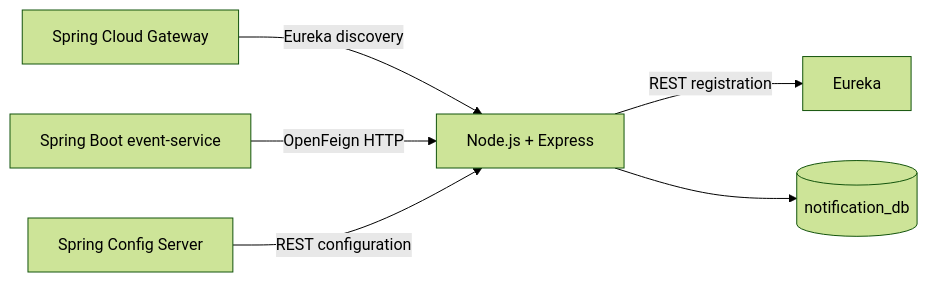
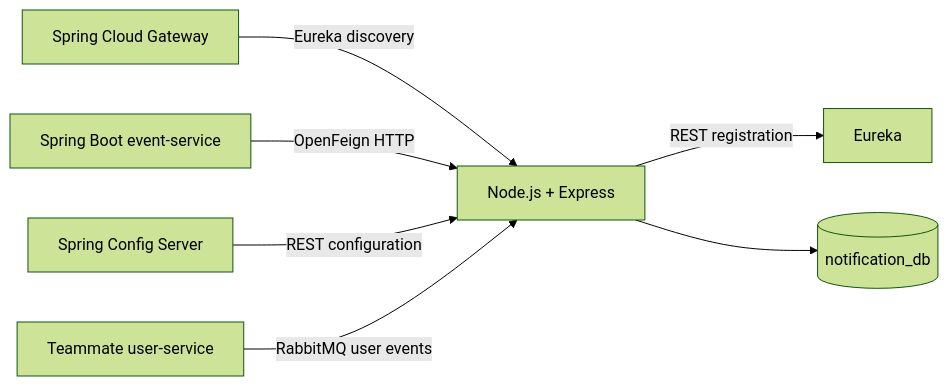
Before and after one commit to leaderscampconnect/notification-service: the diagram in README.md, drawn with Mermaid (forest theme). The commit also changed other lines of this file and 11 other files, not shown here.

Commit message:
feat: consume teammate user events with RabbitMQ

````diff
--- a/README.md
+++ b/README.md
@@ -19,8 +20,9 @@
 ```mermaid
 flowchart LR
     Gateway[Spring Cloud Gateway] -->|Eureka discovery| Notifications[Node.js + Express]
     Events[Spring Boot event-service] -->|OpenFeign HTTP| Notifications
     Config[Spring Config Server] -->|REST configuration| Notifications
     Notifications -->|REST registration| Eureka
     Notifications --> MongoDB[(notification_db)]
+    Users[Teammate user-service] -->|RabbitMQ user events| Notifications
 ```
````
